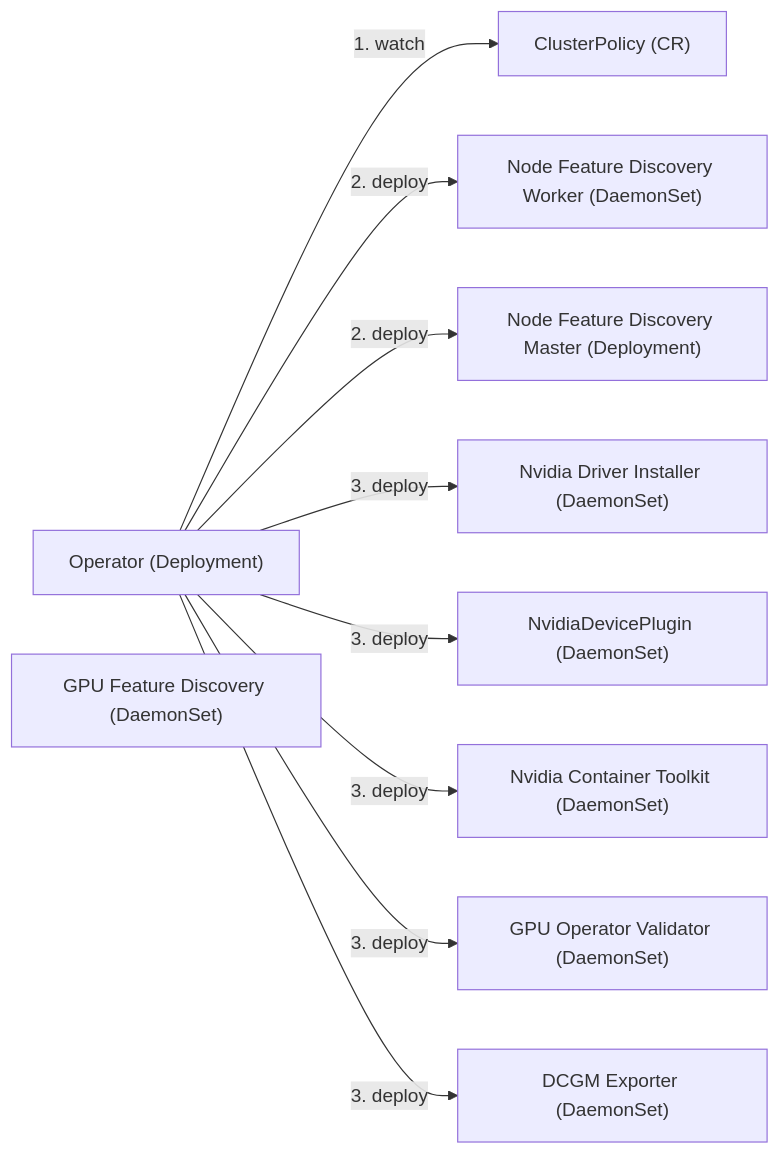
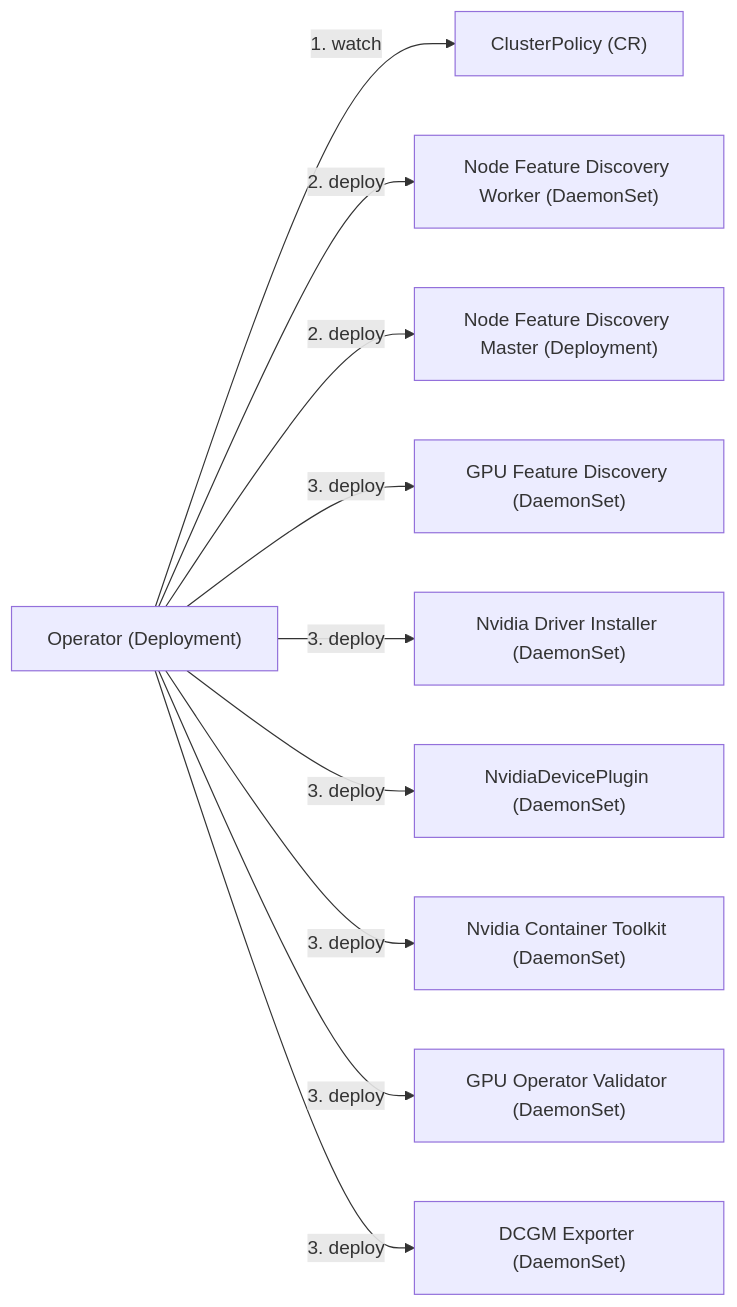
Before and after one commit to heumsi/blog: the first of 2 diagrams in content/posts/setup-gpu-env-in-k8s/index.md, drawn with Mermaid.

Commit message:
fix: Kubernetes에서 GPU 환경 셋업하기에서 누락된 mermaid 부분을 추가한다

````diff
--- a/content/posts/setup-gpu-env-in-k8s/index.md
+++ b/content/posts/setup-gpu-env-in-k8s/index.md
@@ -128,24 +128,25 @@
 ```mermaid
 graph LR
   CR["ClusterPolicy (CR)"]
   Operator["Operator (Deployment)"]
   
   NodeFeatureDiscoveryW["Node Feature Discovery Worker (DaemonSet)"]
   NodeFeatureDiscoveryM["Node Feature Discovery Master (Deployment)"]
   
   GPUFeatureDiscovery["GPU Feature Discovery (DaemonSet)"]
   NvidiaDriverInstaller["Nvidia Driver Installer (DaemonSet)"]
   NvidiaDevicePlugin["NvidiaDevicePlugin (DaemonSet)"]
   NvidiaContainerToolkit["Nvidia Container Toolkit (DaemonSet)"]
   GPUOperatorValidator["GPU Operator Validator (DaemonSet)"]
   DCGMExporter["DCGM Exporter (DaemonSet)"]
 
   Operator -- 1. watch --> CR
   Operator -- 2. deploy --> NodeFeatureDiscoveryW
   Operator -- 2. deploy --> NodeFeatureDiscoveryM
+  Operator -- 3. deploy --> GPUFeatureDiscovery
   Operator -- 3. deploy --> NvidiaDriverInstaller
   Operator -- 3. deploy --> NvidiaDevicePlugin
   Operator -- 3. deploy --> NvidiaContainerToolkit
   Operator -- 3. deploy --> GPUOperatorValidator
   Operator -- 3. deploy --> DCGMExporter
 ```
````
